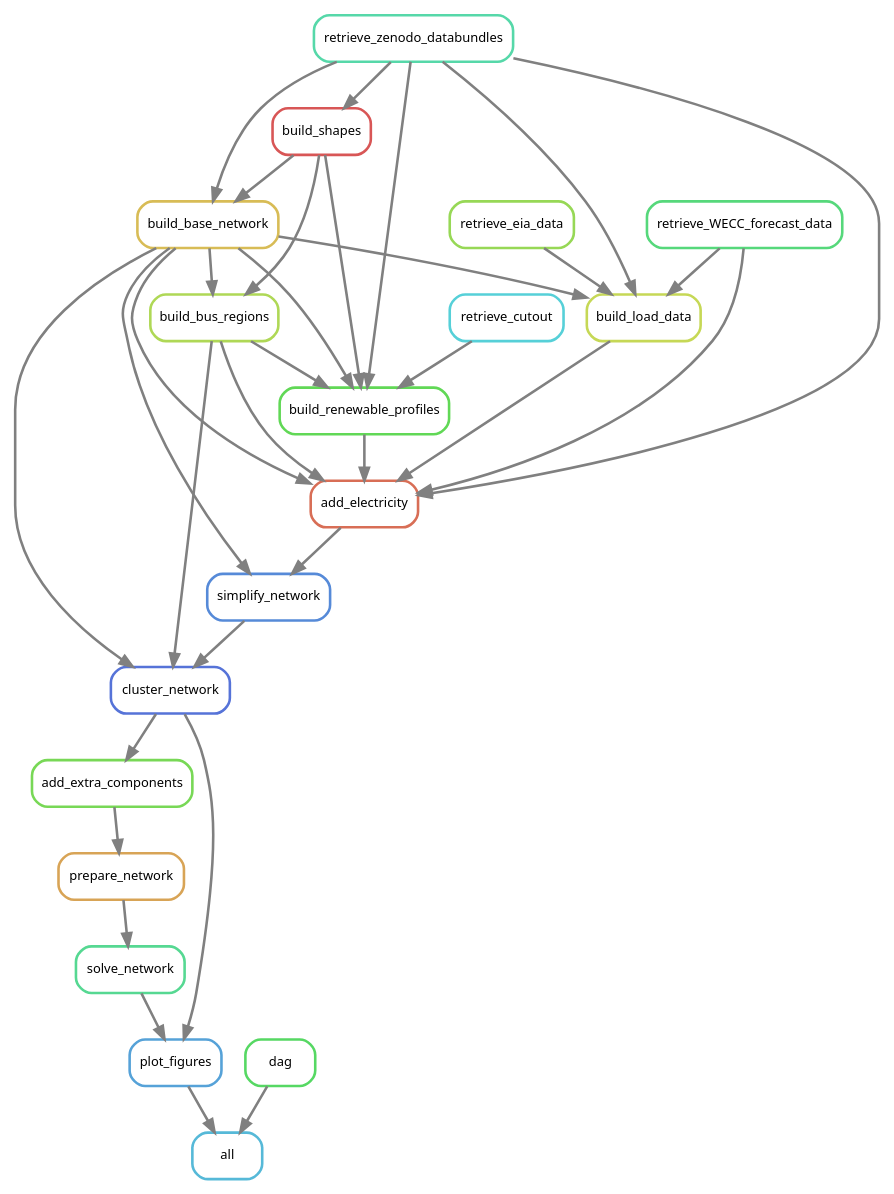
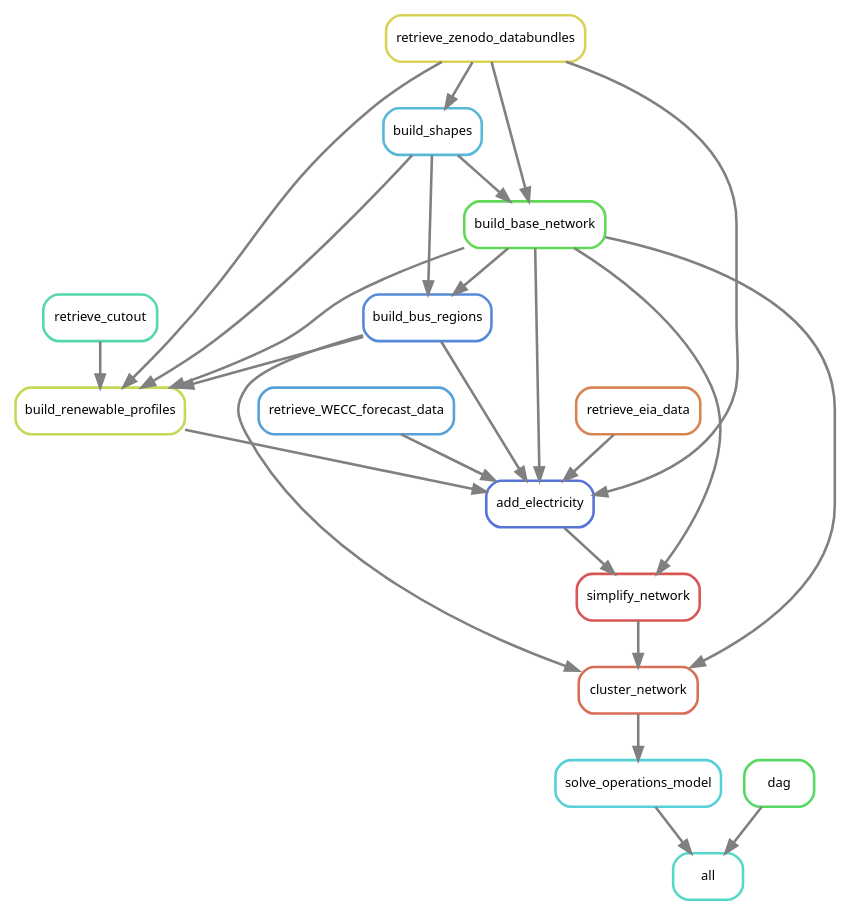
One commit to PyPSA/pypsa-usa changed the diagram in workflow/repo_data/dag.dot. Above: the diagram before and after it, drawn with Graphviz. The commit also changed 3 other files, not shown here.

Commit message:
Fix bugs related to network snapshot alignment in load data.

```diff
--- a/workflow/repo_data/dag.dot
+++ b/workflow/repo_data/dag.dot
@@ -1,55 +1,43 @@
 digraph snakemake_dag {
     graph[bgcolor=white, margin=0];
     node[shape=box, style=rounded, fontname=sans,                 fontsize=10, penwidth=2];
     edge[penwidth=2, color=grey];
-	0[label = "all", color = "0.54 0.6 0.85", style="rounded"];
-	1[label = "plot_figures", color = "0.57 0.6 0.85", style="rounded"];
-	2[label = "solve_network", color = "0.41 0.6 0.85", style="rounded"];
-	3[label = "prepare_network", color = "0.10 0.6 0.85", style="rounded"];
-	4[label = "add_extra_components", color = "0.29 0.6 0.85", style="rounded"];
-	5[label = "cluster_network", color = "0.63 0.6 0.85", style="rounded"];
-	6[label = "simplify_network", color = "0.60 0.6 0.85", style="rounded"];
-	7[label = "build_base_network", color = "0.13 0.6 0.85", style="rounded"];
-	8[label = "retrieve_zenodo_databundles", color = "0.44 0.6 0.85", style="rounded"];
-	9[label = "build_shapes", color = "0.00 0.6 0.85", style="rounded"];
-	10[label = "add_electricity", color = "0.03 0.6 0.85", style="rounded"];
-	11[label = "build_renewable_profiles", color = "0.32 0.6 0.85", style="rounded"];
-	12[label = "build_bus_regions", color = "0.22 0.6 0.85", style="rounded"];
-	13[label = "retrieve_cutout", color = "0.51 0.6 0.85", style="rounded"];
-	14[label = "build_load_data", color = "0.19 0.6 0.85", style="rounded"];
-	15[label = "retrieve_WECC_forecast_data", color = "0.38 0.6 0.85", style="rounded"];
-	16[label = "retrieve_eia_data", color = "0.25 0.6 0.85", style="rounded"];
-	17[label = "dag", color = "0.35 0.6 0.85", style="rounded"];
-	17 -> 0
+	0[label = "all", color = "0.48 0.6 0.85", style="rounded"];
+	1[label = "solve_operations_model", color = "0.51 0.6 0.85", style="rounded"];
+	2[label = "cluster_network", color = "0.03 0.6 0.85", style="rounded"];
+	3[label = "simplify_network", color = "0.00 0.6 0.85", style="rounded"];
+	4[label = "build_base_network", color = "0.32 0.6 0.85", style="rounded"];
+	5[label = "retrieve_zenodo_databundles", color = "0.16 0.6 0.85", style="rounded"];
+	6[label = "build_shapes", color = "0.54 0.6 0.85", style="rounded"];
+	7[label = "add_electricity", color = "0.63 0.6 0.85", style="rounded"];
+	8[label = "build_renewable_profiles", color = "0.19 0.6 0.85", style="rounded"];
+	9[label = "build_bus_regions", color = "0.60 0.6 0.85", style="rounded"];
+	10[label = "retrieve_cutout", color = "0.44 0.6 0.85", style="rounded"];
+	11[label = "retrieve_WECC_forecast_data", color = "0.57 0.6 0.85", style="rounded"];
+	12[label = "retrieve_eia_data", color = "0.06 0.6 0.85", style="rounded"];
+	13[label = "dag", color = "0.35 0.6 0.85", style="rounded"];
+	13 -> 0
 	1 -> 0
 	2 -> 1
-	5 -> 1
 	3 -> 2
+	4 -> 2
+	9 -> 2
 	4 -> 3
+	7 -> 3
+	6 -> 4
 	5 -> 4
-	7 -> 5
-	12 -> 5
-	6 -> 5
-	7 -> 6
-	10 -> 6
+	5 -> 6
+	11 -> 7
+	5 -> 7
+	4 -> 7
 	8 -> 7
 	9 -> 7
-	8 -> 9
-	14 -> 10
-	11 -> 10
-	15 -> 10
-	7 -> 10
-	8 -> 10
-	12 -> 10
-	9 -> 11
-	13 -> 11
-	7 -> 11
-	8 -> 11
-	12 -> 11
-	7 -> 12
-	9 -> 12
-	7 -> 14
-	15 -> 14
-	16 -> 14
-	8 -> 14
+	12 -> 7
+	6 -> 8
+	5 -> 8
+	4 -> 8
+	9 -> 8
+	10 -> 8
+	6 -> 9
+	4 -> 9
 }            
```
